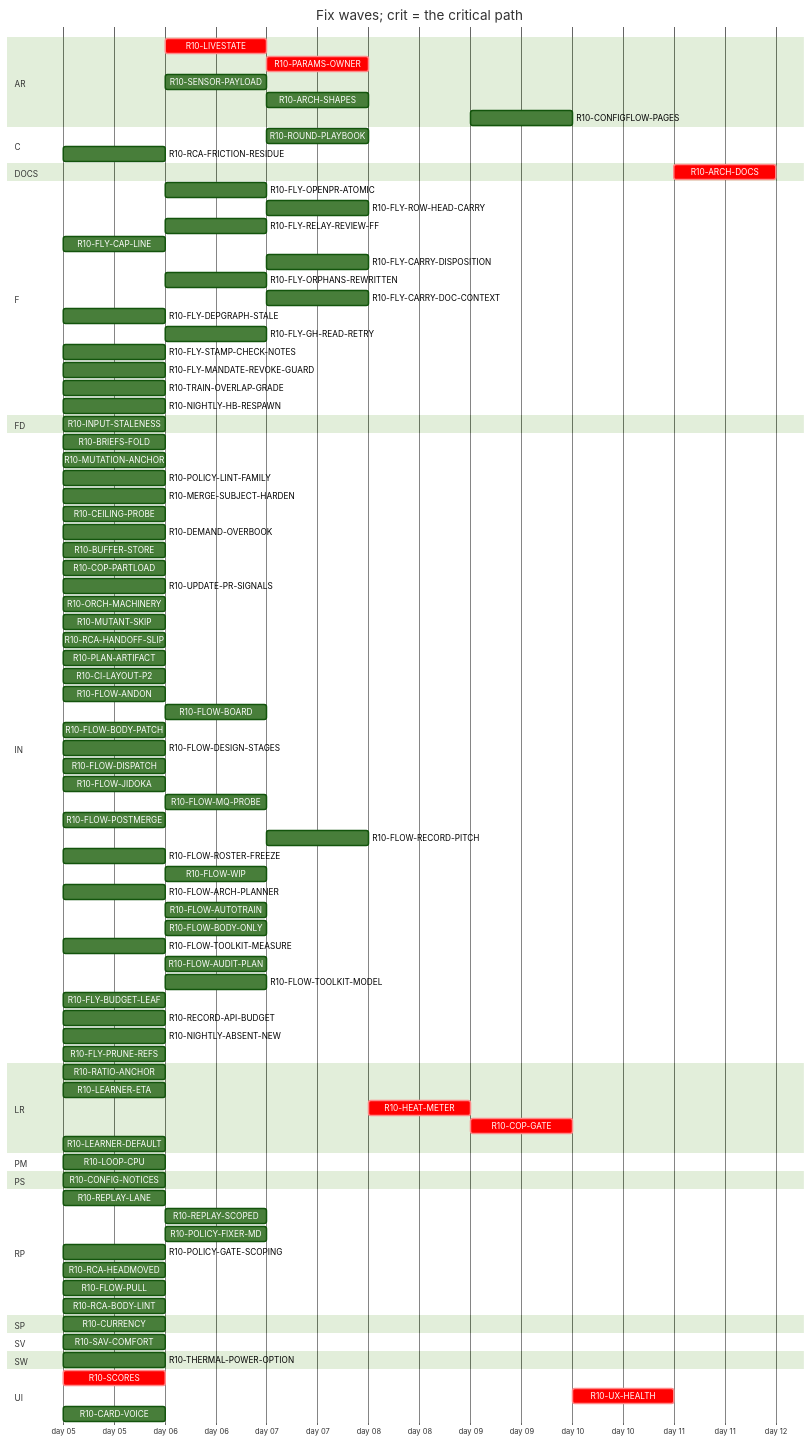
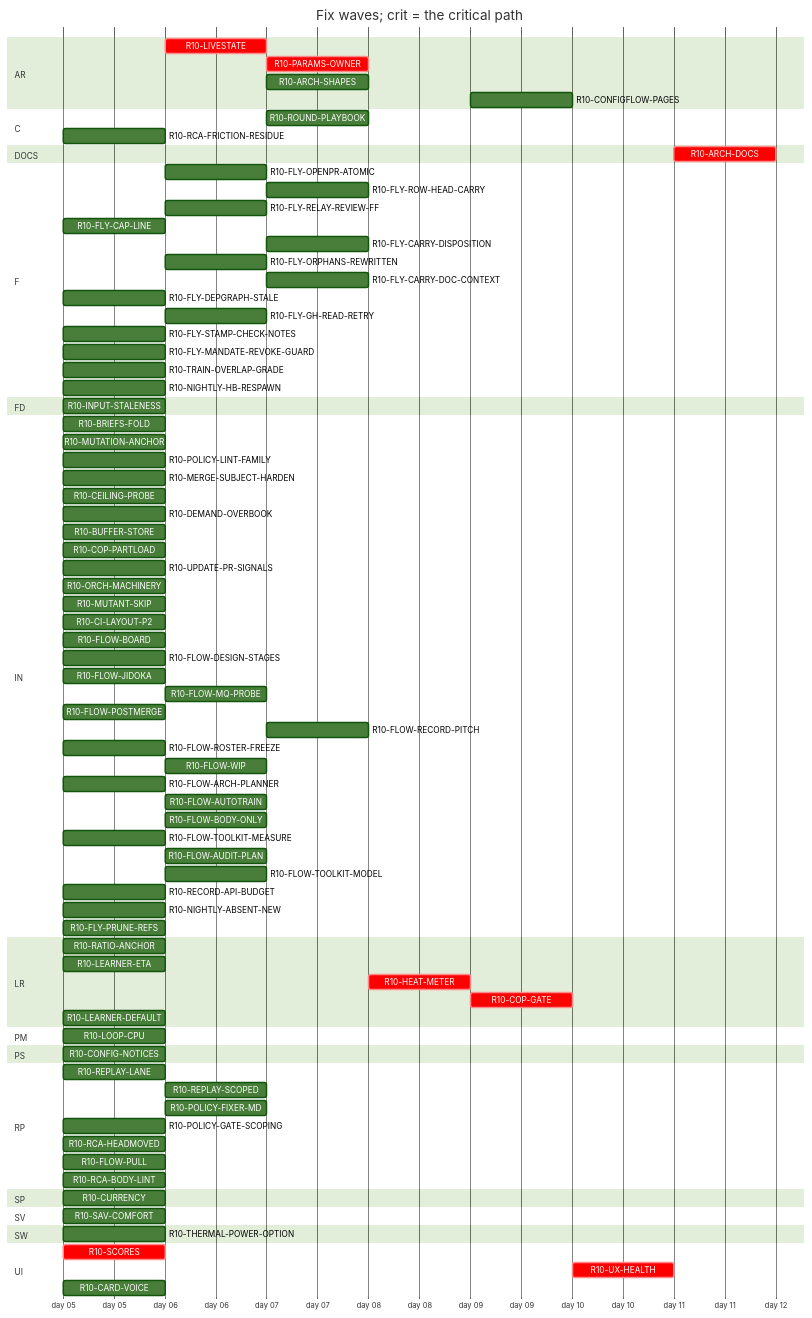
The diagram in handoff/round10/state/PLAN-TABLE.md (tvofi/heatpump_optimizer), drawn with Mermaid (forest theme) before and after one commit. The commit also changed other lines of this file and 2 other files, not shown here.

Commit message:
state: NEXT-SESSION-PROMPT.md, PLAN-TABLE.md, RESUME-CURRENT.md regenerated (state_docs.py)

```diff
--- a/handoff/round10/state/PLAN-TABLE.md
+++ b/handoff/round10/state/PLAN-TABLE.md
@@ -32,18 +32,17 @@
   section AR
     R10-LIVESTATE :crit, r10LIVESTATE, after r10SCORES r10LOOPCPU, 1d
     R10-PARAMS-OWNER :crit, r10PARAMSOWNER, after r10LIVESTATE r10RATIOANCHOR, 1d
-    R10-SENSOR-PAYLOAD :r10SENSORPAYLOAD, after r10SCORES, 1d
-    R10-ARCH-SHAPES :r10ARCHSHAPES, after r10SENSORPAYLOAD r10LIVESTATE r10INPUTSTALENESS, 1d
+    R10-ARCH-SHAPES :r10ARCHSHAPES, after r10LIVESTATE r10INPUTSTALENESS, 1d
     R10-CONFIGFLOW-PAGES :r10CONFIGFLOWPAGES, after r10HEATMETER, 1d
   section C
-    R10-ROUND-PLAYBOOK :r10ROUNDPLAYBOOK, after r10FLOWARCHPLANNER r10FLOWAUDITPLAN r10ORCHMACHINERY r10FLOWAUTOTRAIN r10FLOWDISPATCH r10CILAYOUTP2, 1d
+    R10-ROUND-PLAYBOOK :r10ROUNDPLAYBOOK, after r10FLOWARCHPLANNER r10FLOWAUDITPLAN r10ORCHMACHINERY r10FLOWAUTOTRAIN r10CILAYOUTP2, 1d
     R10-RCA-FRICTION-RESIDUE :r10RCAFRICTIONRESIDUE, 2026-01-05, 1d
   section DOCS
-    R10-ARCH-DOCS :crit, r10ARCHDOCS, after r10RATIOANCHOR r10INPUTSTALENESS r10CURRENCY r10LOOPCPU r10SCORES r10LIVESTATE r10CONFIGNOTICES r10PARAMSOWNER r10SENSORPAYLOAD r10ARCHSHAPES r10LEARNERETA r10HEATMETER r10COPGATE r10UXHEALTH r10CONFIGFLOWPAGES r10BRIEFSFOLD r10REPLAYLANE r10REPLAYSCOPED, 1d
+    R10-ARCH-DOCS :crit, r10ARCHDOCS, after r10RATIOANCHOR r10INPUTSTALENESS r10CURRENCY r10LOOPCPU r10SCORES r10LIVESTATE r10CONFIGNOTICES r10PARAMSOWNER r10ARCHSHAPES r10LEARNERETA r10HEATMETER r10COPGATE r10UXHEALTH r10CONFIGFLOWPAGES r10BRIEFSFOLD r10REPLAYLANE r10REPLAYSCOPED, 1d
   section F
     R10-FLY-OPENPR-ATOMIC :r10FLYOPENPRATOMIC, after r10UPDATEPRSIGNALS, 1d
     R10-FLY-ROW-HEAD-CARRY :r10FLYROWHEADCARRY, after r10CILAYOUTP2 r10FLYOPENPRATOMIC, 1d
-    R10-FLY-RELAY-REVIEW-FF :r10FLYRELAYREVIEWFF, after r10FLOWANDON r10UPDATEPRSIGNALS, 1d
+    R10-FLY-RELAY-REVIEW-FF :r10FLYRELAYREVIEWFF, after r10UPDATEPRSIGNALS, 1d
     R10-FLY-CAP-LINE :r10FLYCAPLINE, 2026-01-05, 1d
     R10-FLY-CARRY-DISPOSITION :r10FLYCARRYDISPOSITION, after r10FLYORPHANSREWRITTEN, 1d
     R10-FLY-ORPHANS-REWRITTEN :r10FLYORPHANSREWRITTEN, after r10UPDATEPRSIGNALS, 1d
@@ -68,14 +67,9 @@
     R10-UPDATE-PR-SIGNALS :r10UPDATEPRSIGNALS, 2026-01-05, 1d
     R10-ORCH-MACHINERY :r10ORCHMACHINERY, 2026-01-05, 1d
     R10-MUTANT-SKIP :r10MUTANTSKIP, 2026-01-05, 1d
-    R10-RCA-HANDOFF-SLIP :r10RCAHANDOFFSLIP, 2026-01-05, 1d
-    R10-PLAN-ARTIFACT :r10PLANARTIFACT, 2026-01-05, 1d
     R10-CI-LAYOUT-P2 :r10CILAYOUTP2, 2026-01-05, 1d
-    R10-FLOW-ANDON :r10FLOWANDON, 2026-01-05, 1d
-    R10-FLOW-BOARD :r10FLOWBOARD, after r10PLANARTIFACT, 1d
-    R10-FLOW-BODY-PATCH :r10FLOWBODYPATCH, 2026-01-05, 1d
+    R10-FLOW-BOARD :r10FLOWBOARD, 2026-01-05, 1d
     R10-FLOW-DESIGN-STAGES :r10FLOWDESIGNSTAGES, 2026-01-05, 1d
-    R10-FLOW-DISPATCH :r10FLOWDISPATCH, 2026-01-05, 1d
     R10-FLOW-JIDOKA :r10FLOWJIDOKA, 2026-01-05, 1d
     R10-FLOW-MQ-PROBE :r10FLOWMQPROBE, after r10CILAYOUTP2, 1d
     R10-FLOW-POSTMERGE :r10FLOWPOSTMERGE, 2026-01-05, 1d
@@ -84,11 +78,10 @@
     R10-FLOW-WIP :r10FLOWWIP, after r10FLOWPULL, 1d
     R10-FLOW-ARCH-PLANNER :r10FLOWARCHPLANNER, 2026-01-05, 1d
     R10-FLOW-AUTOTRAIN :r10FLOWAUTOTRAIN, after r10FLOWPULL, 1d
-    R10-FLOW-BODY-ONLY :r10FLOWBODYONLY, after r10UPDATEPRSIGNALS r10FLOWBODYPATCH, 1d
+    R10-FLOW-BODY-ONLY :r10FLOWBODYONLY, after r10UPDATEPRSIGNALS, 1d
     R10-FLOW-TOOLKIT-MEASURE :r10FLOWTOOLKITMEASURE, 2026-01-05, 1d
     R10-FLOW-AUDIT-PLAN :r10FLOWAUDITPLAN, after r10FLOWARCHPLANNER r10FLOWTOOLKITMEASURE, 1d
     R10-FLOW-TOOLKIT-MODEL :r10FLOWTOOLKITMODEL, after r10ORCHMACHINERY r10FLOWTOOLKITMEASURE, 1d
-    R10-FLY-BUDGET-LEAF :r10FLYBUDGETLEAF, 2026-01-05, 1d
     R10-RECORD-API-BUDGET :r10RECORDAPIBUDGET, 2026-01-05, 1d
     R10-NIGHTLY-ABSENT-NEW :r10NIGHTLYABSENTNEW, 2026-01-05, 1d
     R10-FLY-PRUNE-REFS :r10FLYPRUNEREFS, 2026-01-05, 1d
@@ -96,7 +89,7 @@
     R10-RATIO-ANCHOR :r10RATIOANCHOR, 2026-01-05, 1d
     R10-LEARNER-ETA :r10LEARNERETA, 2026-01-05, 1d
     R10-HEAT-METER :crit, r10HEATMETER, after r10LEARNERETA r10INPUTSTALENESS r10RATIOANCHOR r10PARAMSOWNER r10ARCHSHAPES r10THERMALPOWEROPTION, 1d
-    R10-COP-GATE :crit, r10COPGATE, after r10HEATMETER r10SENSORPAYLOAD, 1d
+    R10-COP-GATE :crit, r10COPGATE, after r10HEATMETER, 1d
     R10-LEARNER-DEFAULT :r10LEARNERDEFAULT, 2026-01-05, 1d
   section PM
     R10-LOOP-CPU :r10LOOPCPU, 2026-01-05, 1d
```
